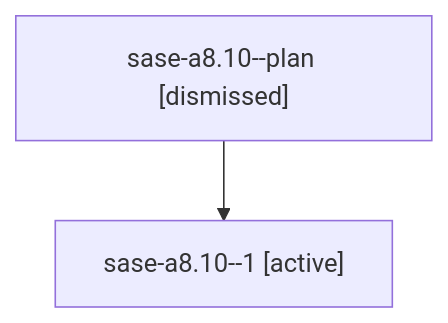
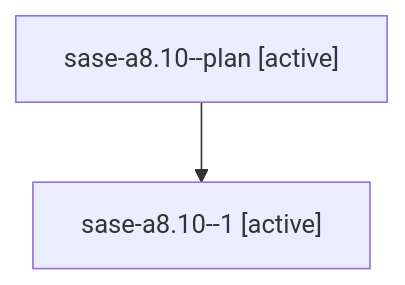
One commit to sase-org/sase--agents changed the diagram in families/bbugyi200.athena.sase-a8.10.md. Above: the diagram before and after it, drawn with Mermaid. The commit also changed other lines of this file and 5813 other files, not shown here.

````diff
--- a/families/bbugyi200.athena.sase-a8.10.md
+++ b/families/bbugyi200.athena.sase-a8.10.md
@@ -9,6 +9,6 @@
 ```mermaid
 flowchart TD
-  n0["sase-a8.10--plan [dismissed]"]
+  n0["sase-a8.10--plan [active]"]
   n1["sase-a8.10--1 [active]"]
   n0 --> n1
 ```
````
